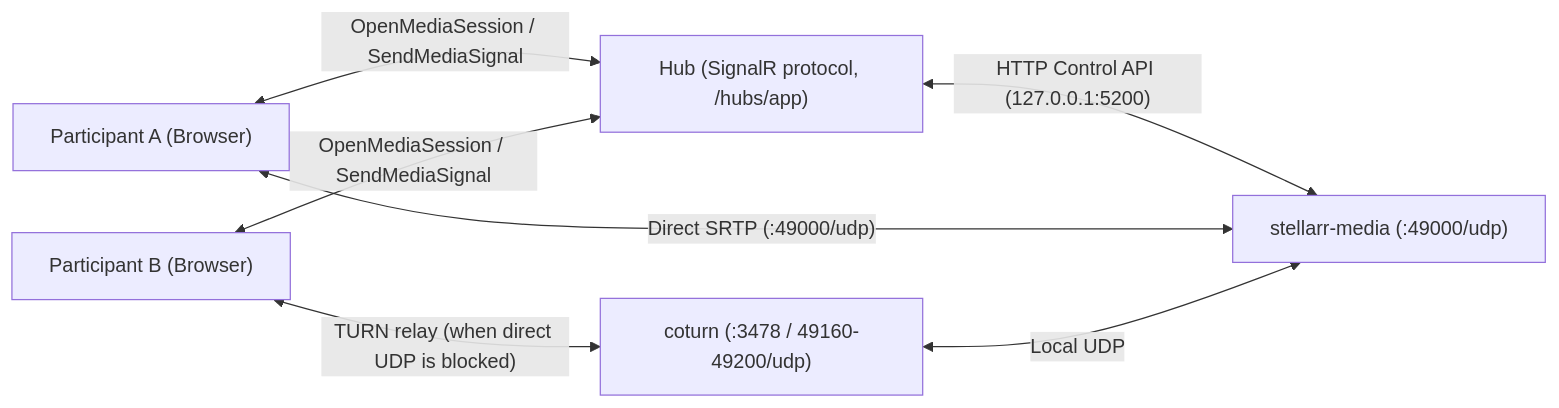
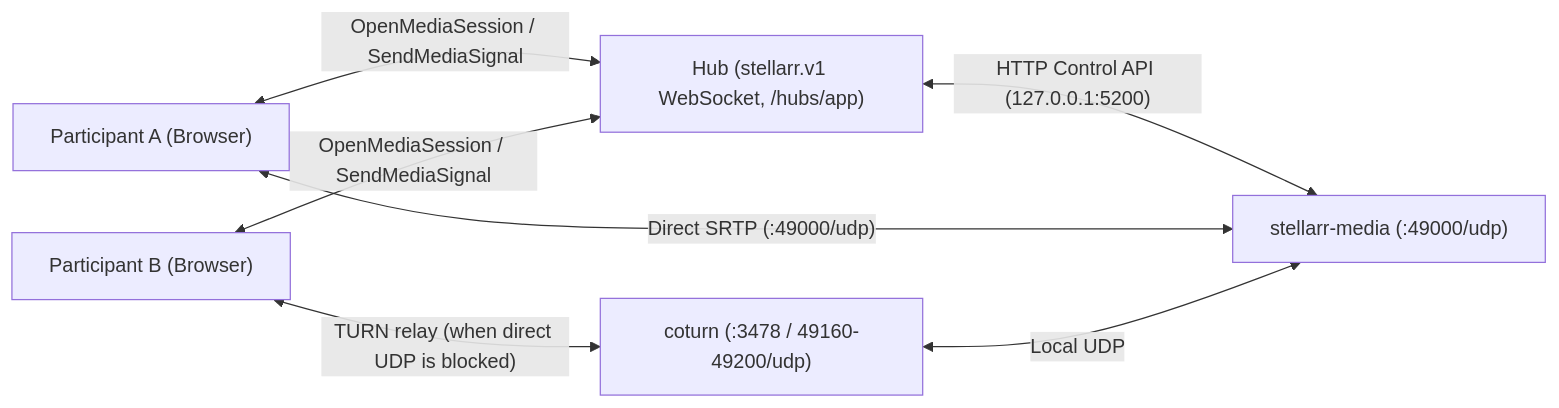
Before and after one commit to Arkazzae/Stellar: the first of 2 diagrams in docs/stellarr-media.md, drawn with Mermaid. The commit also changed other lines of this file and 26 other files, not shown here.

````diff
--- a/docs/stellarr-media.md
+++ b/docs/stellarr-media.md
@@ -27,16 +27,16 @@
 ```mermaid
 flowchart LR
     BrowserA["Participant A (Browser)"]
     BrowserB["Participant B (Browser)"]
     Turn["coturn (:3478 / 49160-49200/udp)"]
-    Hub["Hub (SignalR protocol, /hubs/app)"]
+    Hub["Hub (stellarr.v1 WebSocket, /hubs/app)"]
     Media["stellarr-media (:49000/udp)"]
 
     BrowserA <-->|"OpenMediaSession / SendMediaSignal"| Hub
     BrowserB <-->|"OpenMediaSession / SendMediaSignal"| Hub
     Hub <-->|"HTTP Control API (127.0.0.1:5200)"| Media
 
     BrowserA <-->|"Direct SRTP (:49000/udp)"| Media
     BrowserB <-->|"TURN relay (when direct UDP is blocked)"| Turn
     Turn <-->|"Local UDP"| Media
 ```
````
